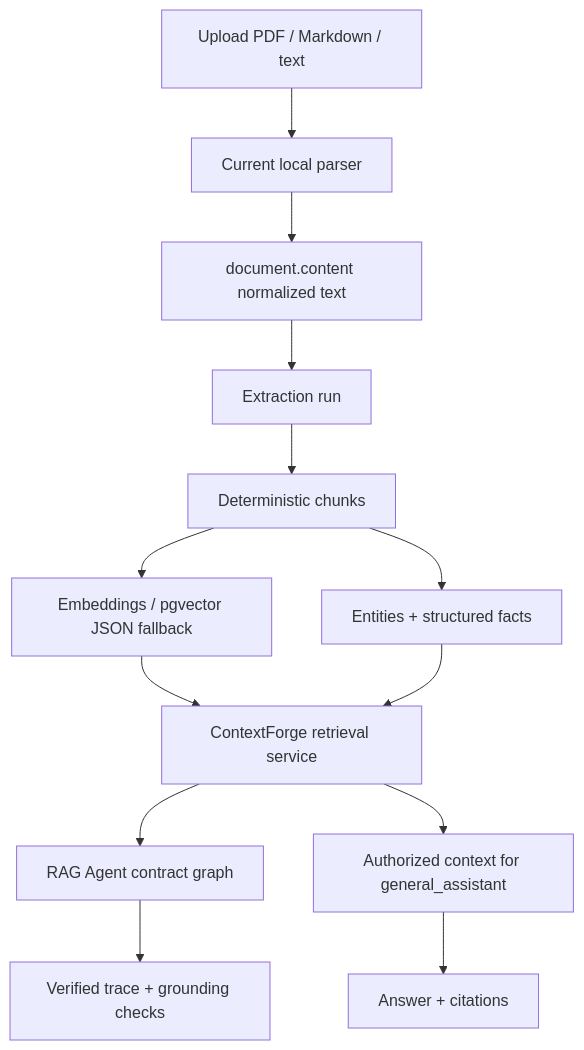
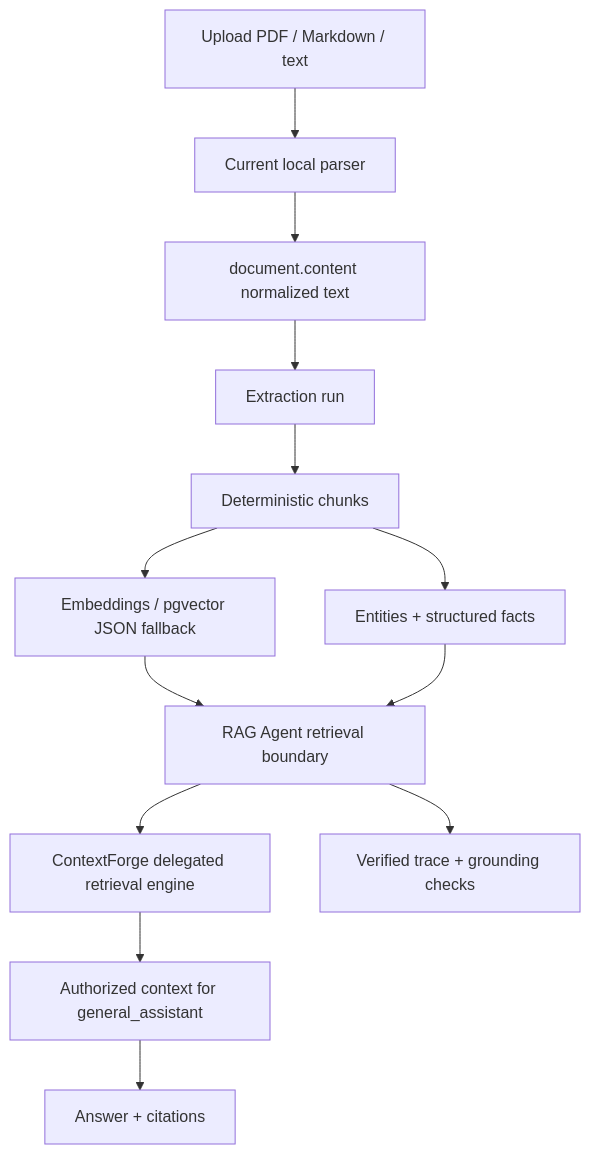
The first of 3 diagrams in docs/idea/layout-aware-ingestion-rag-agent.md (heecheon92/my-agents), drawn with Mermaid before and after one commit. The commit also changed other lines of this file and 45 other files, not shown here.

````diff
--- a/docs/idea/layout-aware-ingestion-rag-agent.md
+++ b/docs/idea/layout-aware-ingestion-rag-agent.md
@@ -41,15 +41,15 @@
 ```mermaid
 flowchart TD
     Upload["Upload PDF / Markdown / text"] --> Parser["Current local parser"]
     Parser --> DocContent["document.content normalized text"]
     DocContent --> Extraction["Extraction run"]
     Extraction --> Chunks["Deterministic chunks"]
     Chunks --> Embeddings["Embeddings / pgvector JSON fallback"]
     Chunks --> Entities["Entities + structured facts"]
-    Embeddings --> ContextForge["ContextForge retrieval service"]
-    Entities --> ContextForge
-    ContextForge --> RAGAgent["RAG Agent contract graph"]
+    Embeddings --> RAGAgent["RAG Agent retrieval boundary"]
+    Entities --> RAGAgent
+    RAGAgent --> ContextForge["ContextForge delegated retrieval engine"]
     ContextForge --> GraphInput["Authorized context for general_assistant"]
     GraphInput --> Answer["Answer + citations"]
     RAGAgent --> AnswerTrace["Verified trace + grounding checks"]
 ```
````
